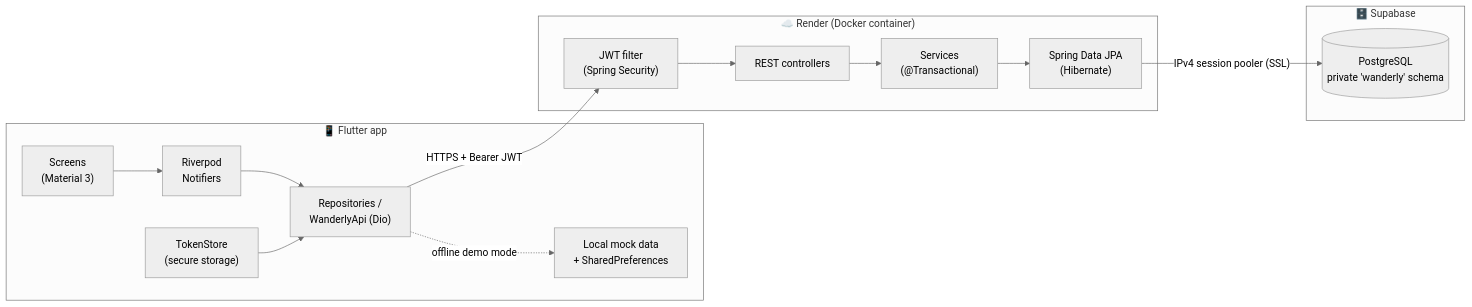
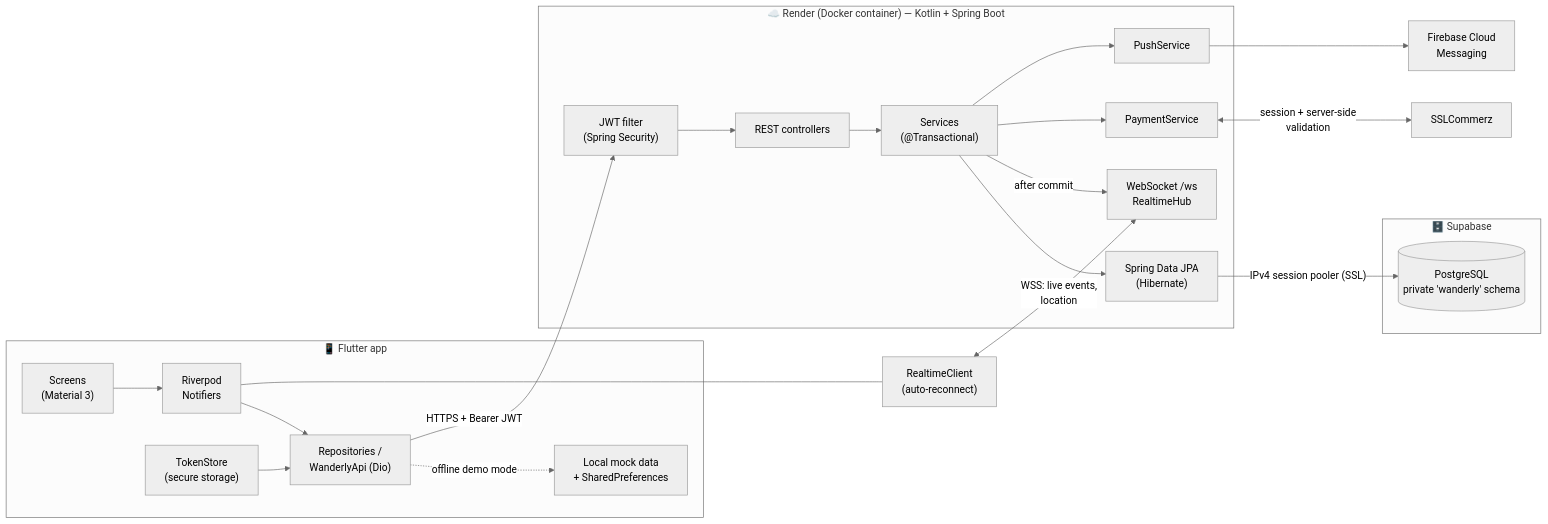
Before and after one commit to ayrinanwardev/SmartTravelApp: the diagram in README.md, drawn with Mermaid (neutral theme). The commit also changed other lines of this file and 126 other files, not shown here.

First line of the commit message:
Wanderly 2.0: Kotlin backend, payments, real-time, maps, push

````diff
--- a/README.md
+++ b/README.md
@@ -55,22 +59,30 @@
 ```mermaid
 flowchart LR
     subgraph Mobile["📱 Flutter app"]
         UI["Screens<br/>(Material 3)"] --> State["Riverpod<br/>Notifiers"]
         State --> Repo["Repositories /<br/>WanderlyApi (Dio)"]
         Repo -. offline demo mode .-> Mock["Local mock data<br/>+ SharedPreferences"]
         Sec["TokenStore<br/>(secure storage)"] --> Repo
     end
 
-    subgraph Render["☁️ Render (Docker container)"]
+    subgraph Render["☁️ Render (Docker container) — Kotlin + Spring Boot"]
         Filter["JWT filter<br/>(Spring Security)"] --> Ctrl["REST controllers"]
         Ctrl --> Svc["Services<br/>(@Transactional)"]
         Svc --> JPA["Spring Data JPA<br/>(Hibernate)"]
+        WS["WebSocket /ws<br/>RealtimeHub"]
+        Svc -- "after commit" --> WS
+        Svc --> Pay["PaymentService"]
+        Svc --> Push["PushService"]
     end
 
     subgraph Supabase["🗄️ Supabase"]
         DB[("PostgreSQL<br/>private 'wanderly' schema")]
     end
 
     Repo -- "HTTPS + Bearer JWT" --> Filter
+    RT["RealtimeClient<br/>(auto-reconnect)"] <-- "WSS: live events,<br/>location" --> WS
+    State --- RT
     JPA -- "IPv4 session pooler (SSL)" --> DB
+    Pay <-- "session + server-side<br/>validation" --> SSL["SSLCommerz"]
+    Push --> FCM["Firebase Cloud<br/>Messaging"]
 ```
````
